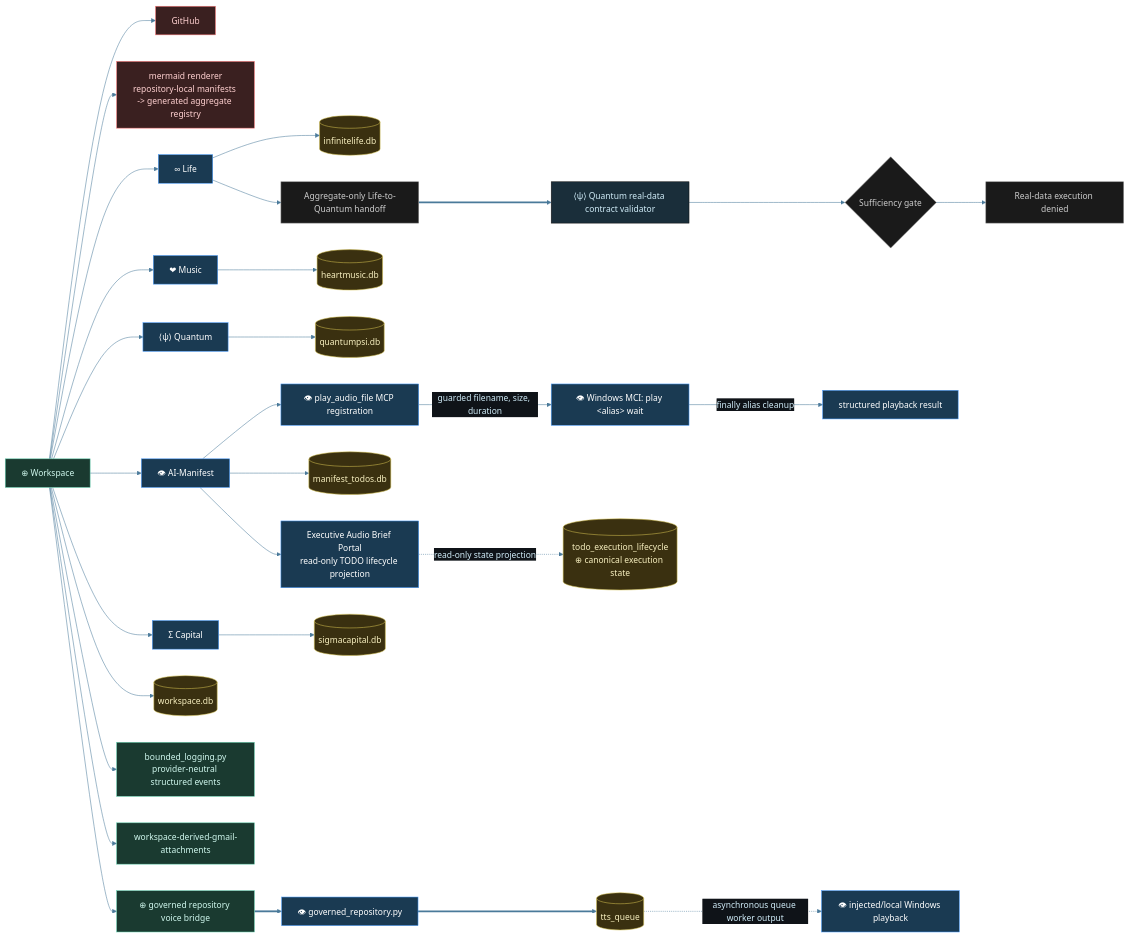
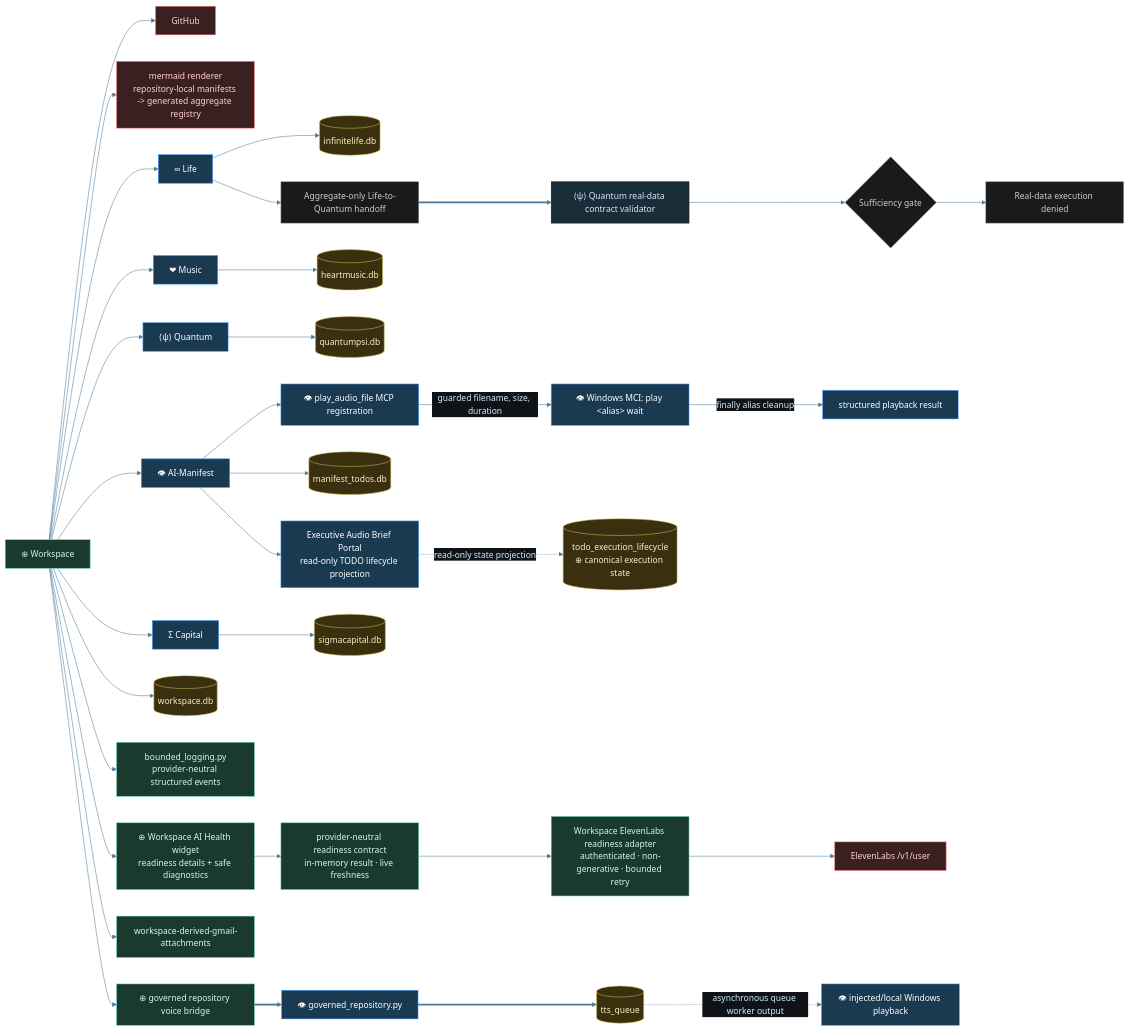
Before and after one commit to tylerdrakemusic/-Workspace: the diagram in diagrams/workspace-integrations.mmd, drawn with Mermaid. The commit also changed 2 other files, not shown here.

Commit message:
docs: document provider-neutral AI health contract

```diff
--- a/diagrams/workspace-integrations.mmd
+++ b/diagrams/workspace-integrations.mmd
@@ -1,48 +1,52 @@
 %%{init: {'theme': 'base', 'themeVariables': {'primaryColor': '#1a2e3a', 'primaryTextColor': '#d0ecf8', 'edgeLabelBackground': '#0f1318', 'lineColor': '#4a7a9a'}}}%%
 %% is_derived_view=false
 %% Traceability.derived_views: diagrams/workspace-derived-services.mmd, diagrams/workspace-derived-backup-and-coordination.mmd, diagrams/workspace-derived-gmail-attachments.mmd
 %% Traceability.derived_views: diagrams/workspace-derived-services.mmd, diagrams/workspace-derived-backup-and-coordination.mmd, diagrams/workspace-derived-repository-voice.mmd
 graph LR
     Workspace[⊕ Workspace] --> GitHub[GitHub]
     Workspace --> Mermaid[mermaid renderer<br/>repository-local manifests -> generated aggregate registry]
     Workspace --> Life[∞ Life]
     Workspace --> Music[❤ Music]
     Workspace --> Quantum[⟨ψ⟩ Quantum]
     Workspace --> Manifest[👁 AI-Manifest]
     Workspace --> Capital[Σ Capital]
     Workspace --> WSDB[(workspace.db)]
     Workspace --> BoundedLogging[bounded_logging.py<br/>provider-neutral structured events]
+    Workspace --> AIHealthWidget[⊕ Workspace AI Health widget<br/>readiness details + safe diagnostics]
+    AIHealthWidget --> AIHealthContract[provider-neutral readiness contract<br/>in-memory result · live freshness]
+    AIHealthContract --> ElevenLabsAdapter[Workspace ElevenLabs readiness adapter<br/>authenticated · non-generative · bounded retry]
+    ElevenLabsAdapter --> ElevenLabs[ElevenLabs /v1/user]
     Workspace --> GmailAttachments[workspace-derived-gmail-attachments]
     Workspace --> OverseerAlert[⊕ governed repository voice bridge]
     OverseerAlert ==> ManifestAlertCapability[👁 governed_repository.py]
     ManifestAlertCapability ==> TTSQueue[(tts_queue)]
     TTSQueue -.->|asynchronous queue worker output| LocalPlayback[👁 injected/local Windows playback]
     Manifest --> PlayAudioMCP[👁 play_audio_file MCP registration]
     PlayAudioMCP -->|guarded filename, size, duration| DirectPlayback[👁 Windows MCI: play &lt;alias&gt; wait]
     DirectPlayback -->|finally alias cleanup| PlaybackResult[structured playback result]
     Life --> LifeDB[(infinitelife.db)]
     Music --> MusicDB[(heartmusic.db)]
     Quantum --> QDB[(quantumpsi.db)]
     Manifest --> ManifestDB[(manifest_todos.db)]
     Manifest --> ManifestBriefPortal[Executive Audio Brief Portal<br/>read-only TODO lifecycle projection]
     ManifestBriefPortal -.->|read-only state projection| TodoExecutionLifecycle[(todo_execution_lifecycle<br/>⊕ canonical execution state)]
     Capital --> CapitalDB[(sigmacapital.db)]
     Life --> AggregateHandoff[Aggregate-only Life-to-Quantum handoff]
     AggregateHandoff ==> QuantumValidator[⟨ψ⟩ Quantum real-data contract validator]
     QuantumValidator --> SufficiencyGate{Sufficiency gate}
     SufficiencyGate --> ExecutionDenied[Real-data execution denied]
-    class Workspace,GmailAttachments,BoundedLogging,OverseerAlert ws
+    class Workspace,GmailAttachments,BoundedLogging,OverseerAlert,AIHealthWidget,AIHealthContract,ElevenLabsAdapter ws
     class Life,Music,Quantum,Manifest,Capital orch
     class ManifestAlertCapability,ManifestBriefPortal,LocalPlayback,PlayAudioMCP,DirectPlayback,PlaybackResult orch
     class AggregateHandoff,SufficiencyGate,ExecutionDenied state
-    class GitHub,Mermaid ext
+    class GitHub,Mermaid,ElevenLabs ext
     class WSDB,LifeDB,MusicDB,QDB,ManifestDB,TodoExecutionLifecycle,CapitalDB,TTSQueue db
 classDef life     fill:#1a2e3a,stroke:#6ab4d4,color:#d0ecf8
 classDef music    fill:#3a1a24,stroke:#d47a8f,color:#f8d0dc
 classDef quantum  fill:#251a3a,stroke:#a07adf,color:#e8d0f8
 classDef manifest fill:#3a2e1a,stroke:#d4a96a,color:#f8ead0
 classDef ws       fill:#1a3a30,stroke:#6ad4b4,color:#d0f8ee
 classDef orch     fill:#1a3a52,stroke:#4a9eff,color:#fff
 classDef ext      fill:#3a2020,stroke:#ff7a7a,color:#ffd0d0
 classDef db       fill:#3a3010,stroke:#d4c050,color:#f8f0c0
 classDef state    fill:#1a1a1a,stroke:#888888,color:#cccccc
```
